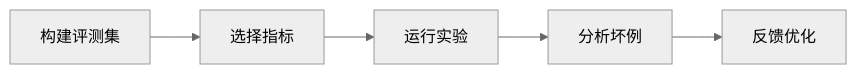
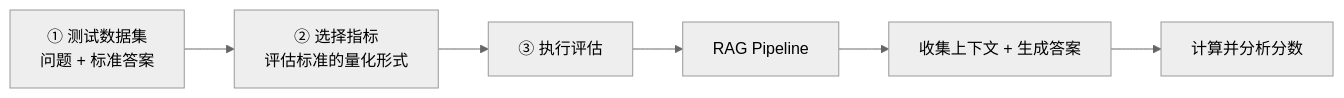
Before and after one commit to luyunix/rag_study: the diagram in notes/08-evaluation/p047-RAG评估的三大步骤.md, drawn with Mermaid (neutral theme). The commit also changed other lines of this file and 25 other files, not shown here.

````diff
--- a/notes/08-evaluation/p047-RAG评估的三大步骤.md
+++ b/notes/08-evaluation/p047-RAG评估的三大步骤.md
@@ -17,12 +15,8 @@
 ```mermaid
 flowchart LR
-    N0["构建评测集"]
-    N1["选择指标"]
-    N2["运行实验"]
-    N3["分析坏例"]
-    N4["反馈优化"]
-    N0 --> N1
-    N1 --> N2
-    N2 --> N3
-    N3 --> N4
+    D["① 测试数据集<br/>问题 + 标准答案"] --> M["② 选择指标<br/>评估标准的量化形式"]
+    M --> R["③ 执行评估"]
+    R --> P["RAG Pipeline"]
+    P --> C["收集上下文 + 生成答案"]
+    C --> S["计算并分析分数"]
 ```
````
